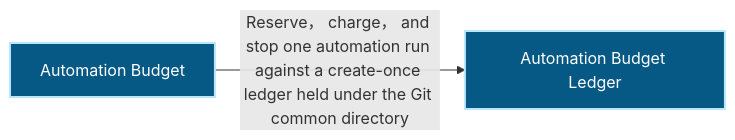
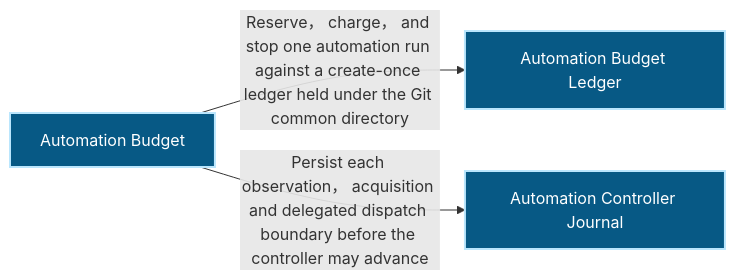
The diagram in docs/architecture/modules/runtime-harness/automation-budget.md (Ancienttwo/repo-harness), drawn with Mermaid before and after one commit. The commit also changed other lines of this file and 12 other files, not shown here.

Commit message:
docs(architecture): adopt current projection

````diff
--- a/docs/architecture/modules/runtime-harness/automation-budget.md
+++ b/docs/architecture/modules/runtime-harness/automation-budget.md
@@ -16,10 +16,12 @@
 ```mermaid
 flowchart LR
   p1_capability_runtime_harness_automation_budget_eeb4bf8d["Automation Budget"]:::component
   p1_component_automation_budget_ledger_b45affae["Automation Budget Ledger"]:::component
+  p1_component_automation_controller_journal_01662136["Automation Controller Journal"]:::component
   p1_capability_runtime_harness_automation_budget_eeb4bf8d -->|"Reserve， charge， and stop one automation run against a create-once ledger held under the Git common directory"| p1_component_automation_budget_ledger_b45affae
+  p1_capability_runtime_harness_automation_budget_eeb4bf8d -->|"Persist each observation， acquisition and delegated dispatch boundary before the controller may advance"| p1_component_automation_controller_journal_01662136
   classDef actor fill:#111827,color:#ffffff,stroke:#f9fafb,stroke-width:2px
   classDef component fill:#075985,color:#ffffff,stroke:#bae6fd,stroke-width:2px
   classDef datastore fill:#3f6212,color:#ffffff,stroke:#d9f99d,stroke-width:2px
   classDef external fill:#7c2d12,color:#ffffff,stroke:#fed7aa,stroke-width:2px
 ```
````
